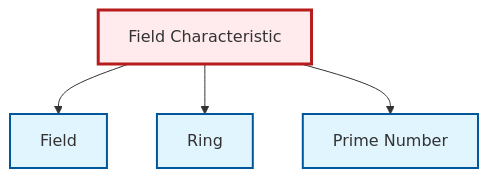
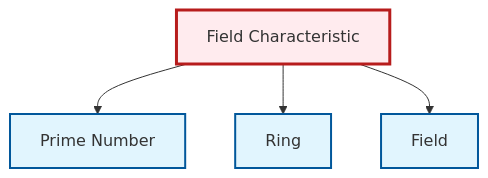
Before and after one commit to RK0429/ModernMath: the diagram in output/mermaid/en/thm-field-characteristic.mermaid, drawn with Mermaid. The commit also changed other lines of this file and 1716 other files, not shown here.

```diff
--- a/output/mermaid/en/thm-field-characteristic.mermaid
+++ b/output/mermaid/en/thm-field-characteristic.mermaid
@@ -1,14 +1,14 @@
 graph TD
     classDef definition fill:#e1f5fe,stroke:#01579b,stroke-width:2px
     classDef theorem fill:#f3e5f5,stroke:#4a148c,stroke-width:2px
     classDef axiom fill:#fff3e0,stroke:#e65100,stroke-width:2px
     classDef example fill:#e8f5e9,stroke:#1b5e20,stroke-width:2px
     classDef current fill:#ffebee,stroke:#b71c1c,stroke-width:3px
     thm-field-characteristic["Field Characteristic"]:::theorem
-    def-prime["Prime Number"]:::definition
     def-ring["Ring"]:::definition
     def-field["Field"]:::definition
+    def-prime["Prime Number"]:::definition
+    thm-field-characteristic --> def-prime
+    thm-field-characteristic --> def-ring
     thm-field-characteristic --> def-field
-    thm-field-characteristic --> def-ring
-    thm-field-characteristic --> def-prime
     class thm-field-characteristic current
```
